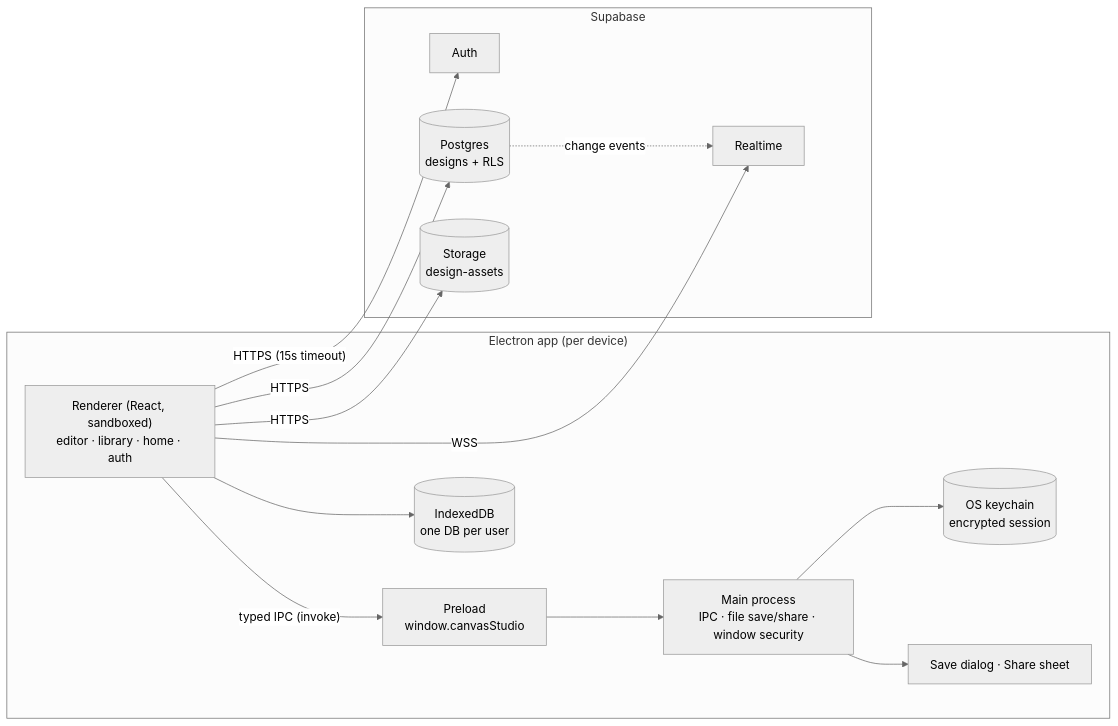
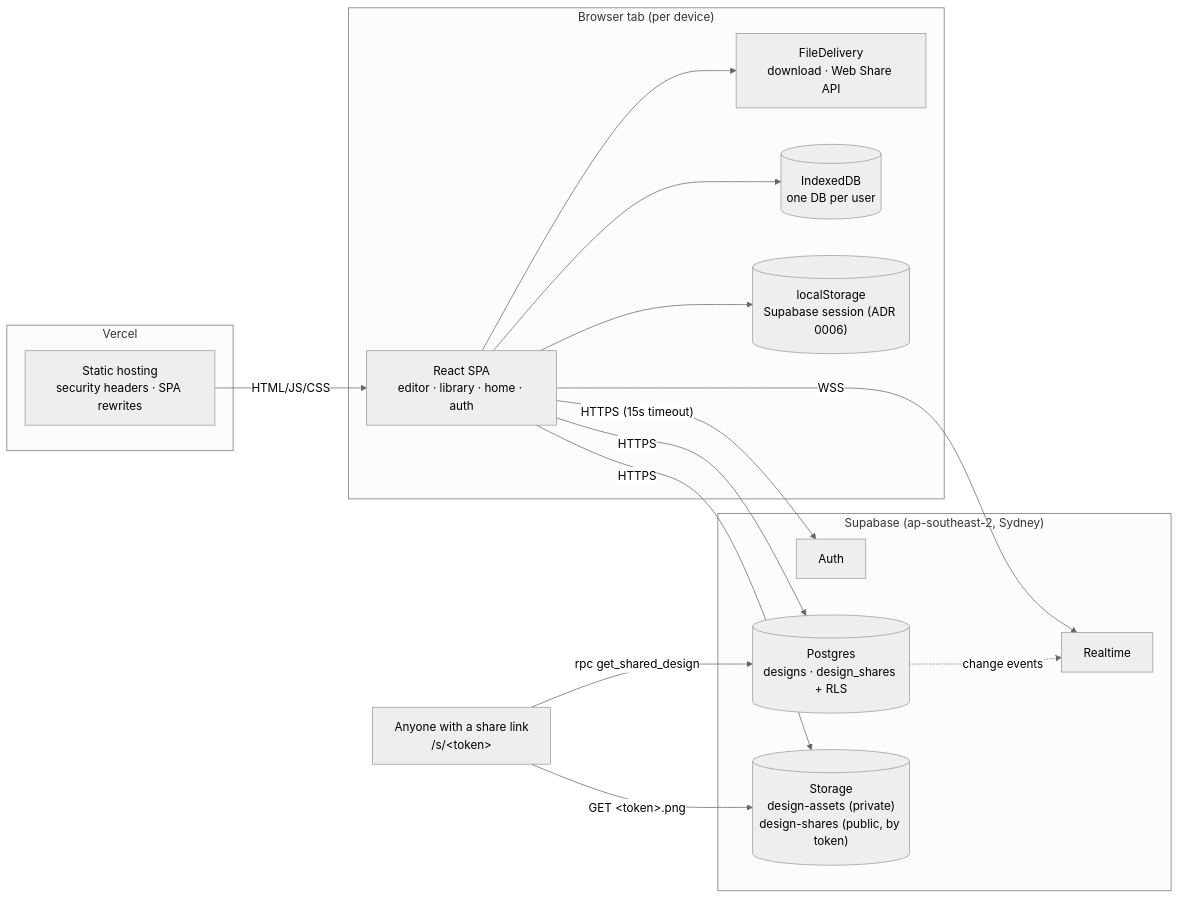
The first of 2 diagrams in docs/architecture.md (Jermayy/Canva-Studio), drawn with Mermaid (neutral theme) before and after one commit. The commit also changed other lines of this file and 251 other files, not shown here.

First line of the commit message:
feat!: Canvas Studio as a web app on Vercel (#5)

````diff
--- a/docs/architecture.md
+++ b/docs/architecture.md
@@ -5,25 +5,30 @@
 ```mermaid
 flowchart LR
-  subgraph Desktop["Electron app (per device)"]
-    R["Renderer (React, sandboxed)<br/>editor · library · home · auth"]
-    P["Preload<br/>window.canvasStudio"]
-    M["Main process<br/>IPC · file save/share · window security"]
+  subgraph Browser["Browser tab (per device)"]
+    UI["React SPA<br/>editor · library · home · auth"]
+    FD["FileDelivery<br/>download · Web Share API"]
     IDB[("IndexedDB<br/>one DB per user")]
-    KC[("OS keychain<br/>encrypted session")]
-    R -- "typed IPC (invoke)" --> P --> M
-    R --> IDB
-    M --> KC
-    M --> OS["Save dialog · Share sheet"]
+    LS[("localStorage<br/>Supabase session (ADR 0006)")]
+    UI --> FD
+    UI --> IDB
+    UI --> LS
   end
-  subgraph Supabase
+  subgraph Vercel
+    CDN["Static hosting<br/>security headers · SPA rewrites"]
+  end
+  subgraph Supabase["Supabase (ap-southeast-2, Sydney)"]
     AUTH["Auth"]
-    PG[("Postgres<br/>designs + RLS")]
+    PG[("Postgres<br/>designs · design_shares + RLS")]
     RT["Realtime"]
-    ST[("Storage<br/>design-assets")]
+    ST[("Storage<br/>design-assets (private)<br/>design-shares (public, by token)")]
   end
-  R -- "HTTPS (15s timeout)" --> AUTH
-  R -- "HTTPS" --> PG
-  R -- "WSS" --> RT
-  R -- "HTTPS" --> ST
+  V["Anyone with a share link<br/>/s/&lt;token&gt;"]
+  V -- "rpc get_shared_design" --> PG
+  V -- "GET &lt;token&gt;.png" --> ST
+  CDN -- "HTML/JS/CSS" --> UI
+  UI -- "HTTPS (15s timeout)" --> AUTH
+  UI -- "HTTPS" --> PG
+  UI -- "WSS" --> RT
+  UI -- "HTTPS" --> ST
   PG -. "change events" .-> RT
 ```
````
